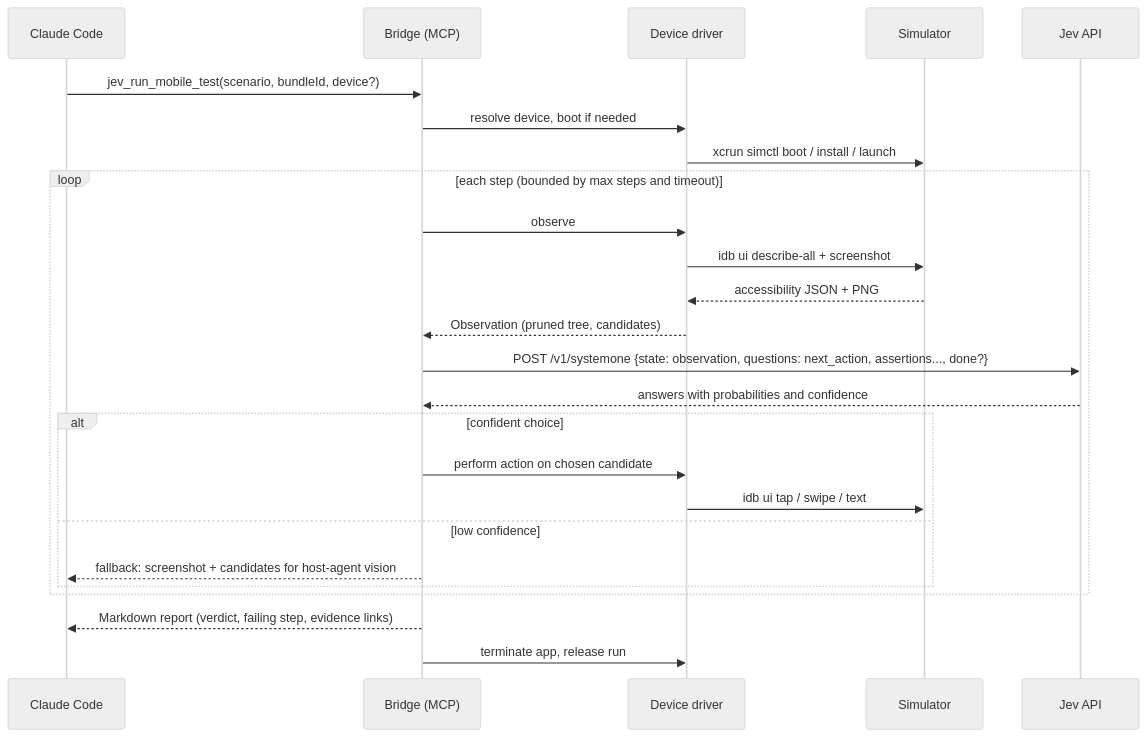
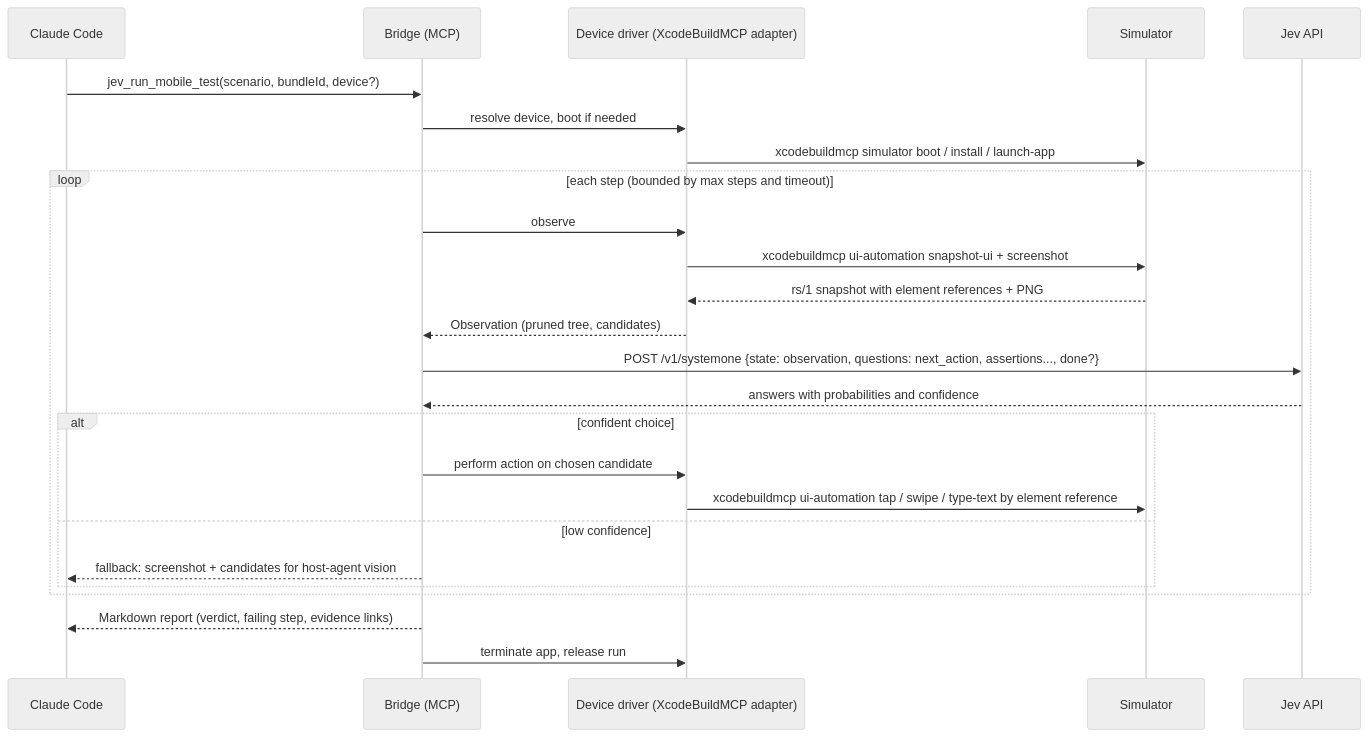
Before and after one commit to hugues-vnsgn/jev-ios-bridge: the second of 2 diagrams in docs/architecture.md, drawn with Mermaid (neutral theme). The commit also changed other lines of this file and 11 other files, not shown here.

First line of the commit message:
Adopt XcodeBuildMCP as the device layer (ADR-0002)

````diff
--- a/docs/architecture.md
+++ b/docs/architecture.md
@@ -28,28 +30,28 @@
 ```mermaid
 sequenceDiagram
     participant CC as Claude Code
     participant B as Bridge (MCP)
-    participant D as Device driver
+    participant D as Device driver (XcodeBuildMCP adapter)
     participant S as Simulator
     participant J as Jev API
 
     CC->>B: jev_run_mobile_test(scenario, bundleId, device?)
     B->>D: resolve device, boot if needed
-    D->>S: xcrun simctl boot / install / launch
+    D->>S: xcodebuildmcp simulator boot / install / launch-app
     loop each step (bounded by max steps and timeout)
         B->>D: observe
-        D->>S: idb ui describe-all + screenshot
-        S-->>D: accessibility JSON + PNG
+        D->>S: xcodebuildmcp ui-automation snapshot-ui + screenshot
+        S-->>D: rs/1 snapshot with element references + PNG
         D-->>B: Observation (pruned tree, candidates)
         B->>J: POST /v1/systemone {state: observation, questions: next_action, assertions..., done?}
         J-->>B: answers with probabilities and confidence
         alt confident choice
             B->>D: perform action on chosen candidate
-            D->>S: idb ui tap / swipe / text
+            D->>S: xcodebuildmcp ui-automation tap / swipe / type-text by element reference
         else low confidence
             B-->>CC: fallback: screenshot + candidates for host-agent vision
         end
     end
     B-->>CC: Markdown report (verdict, failing step, evidence links)
     B->>D: terminate app, release run
 ```
````
